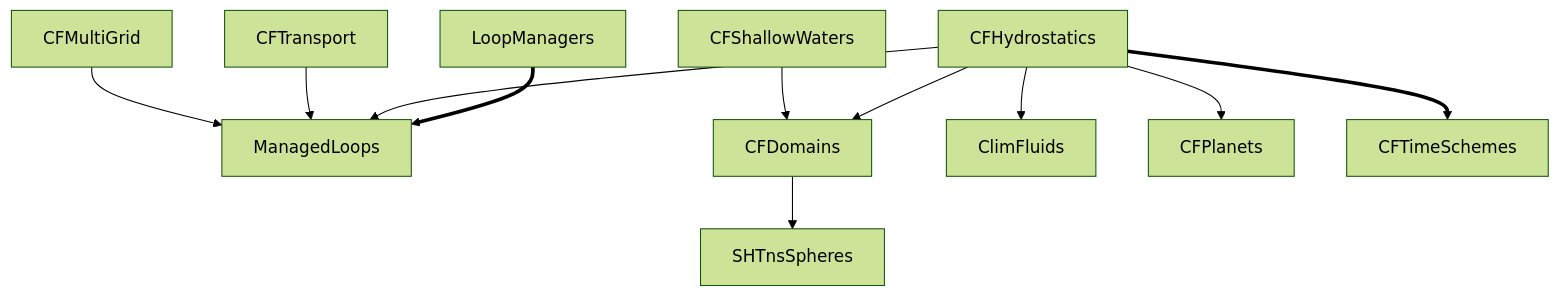
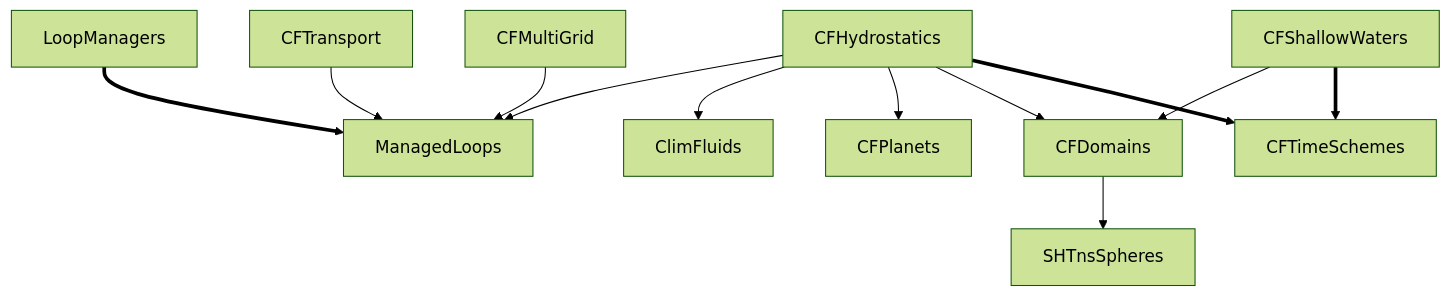
The first of 2 diagrams in profile/README.md (ClimFlows/.github), drawn with Mermaid (forest theme) before and after one commit. The commit also changed other lines of this file, not shown here.

````diff
--- a/profile/README.md
+++ b/profile/README.md
@@ -80,13 +80,14 @@
 ```mermaid
 graph TD;
     LoopManagers==>ManagedLoops;
     CFDomains --> SHTnsSpheres
     CFHydrostatics-->ManagedLoops;
     CFTransport --> ManagedLoops;
     CFMultiGrid --> ManagedLoops;
     CFHydrostatics-->ClimFluids;
     CFHydrostatics-->CFPlanets;
     CFHydrostatics-->CFDomains;
     CFHydrostatics==>CFTimeSchemes;
     CFShallowWaters-->CFDomains;
+    CFShallowWaters==>CFTimeSchemes;
 ```
````
